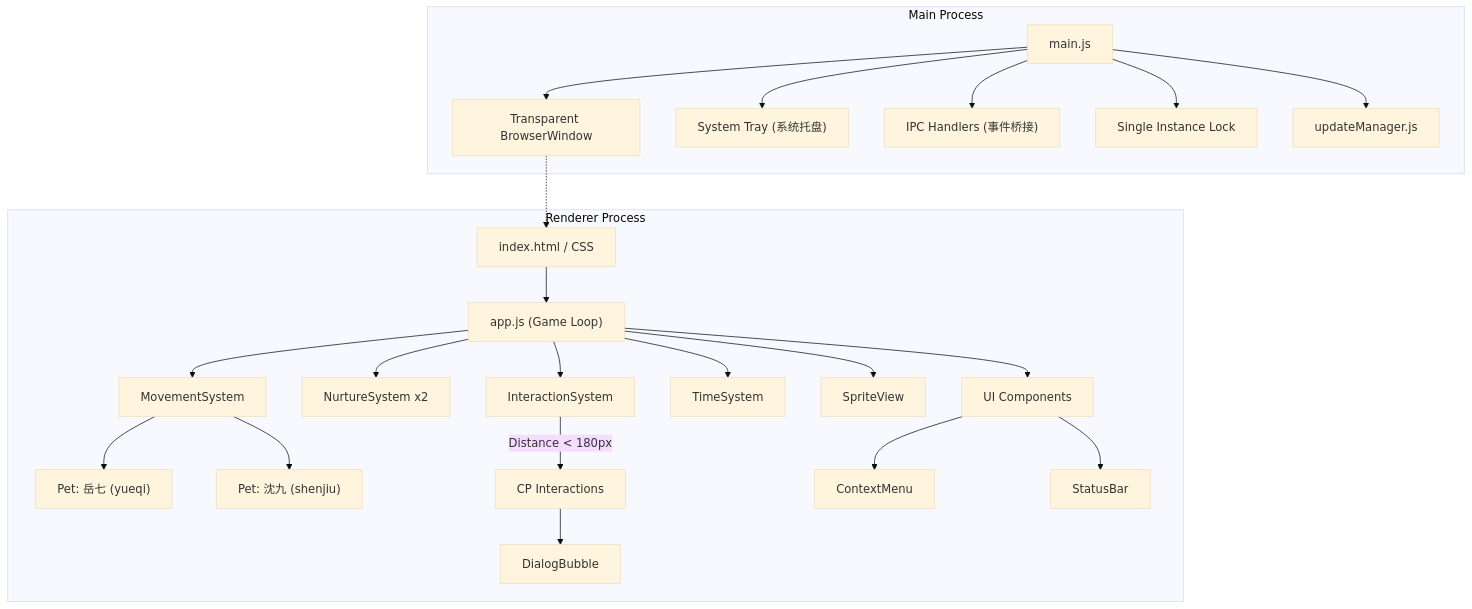
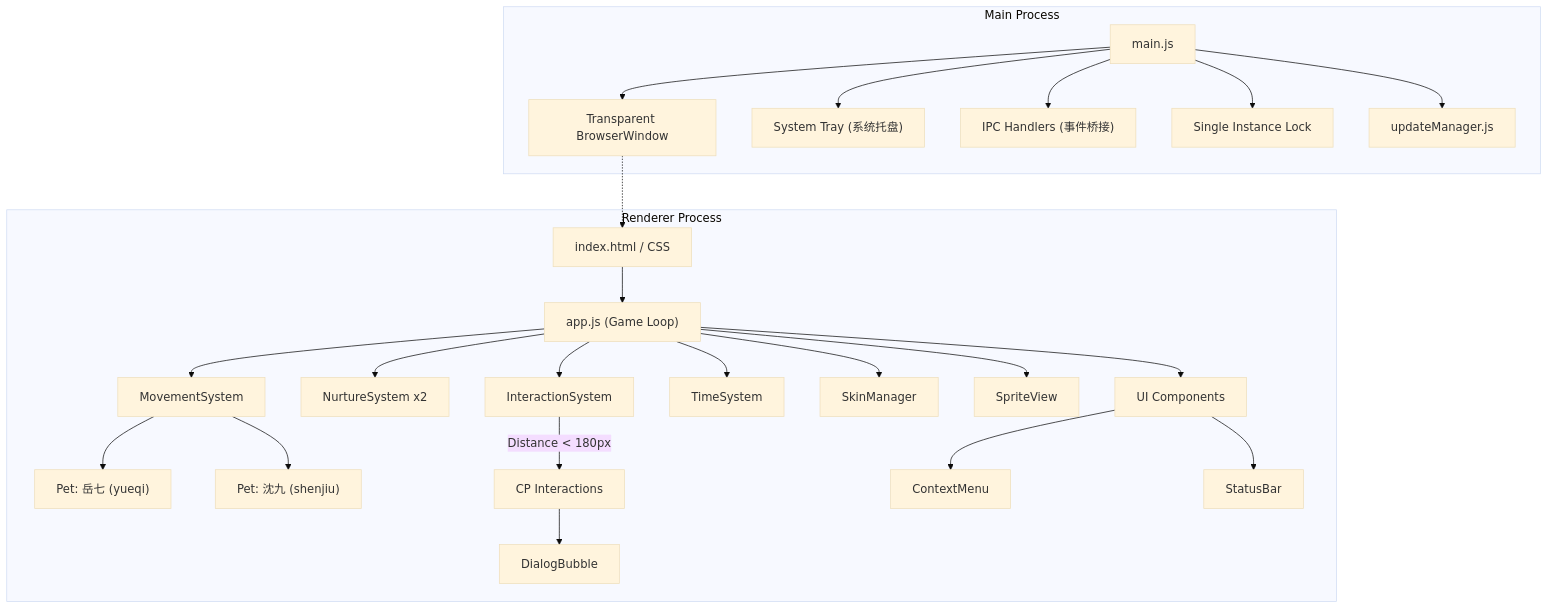
Before and after one commit to HuihuiDreams/qijiu-desktop-pet: the diagram in docs/structure.md, drawn with Mermaid (base theme). The commit also changed other lines of this file and 8 other files, not shown here.

````diff
--- a/docs/structure.md
+++ b/docs/structure.md
@@ -9,32 +9,33 @@
 ```mermaid
 graph TB
     subgraph Main Process
         Main["main.js"] --> Window["Transparent BrowserWindow"]
         Main --> Tray["System Tray (系统托盘)"]
         Main --> IPC["IPC Handlers (事件桥接)"]
         Main --> Lock["Single Instance Lock"]
         Main --> Update["updateManager.js"]
     end
     
     subgraph Renderer Process
         HTML["index.html / CSS"] --> App["app.js (Game Loop)"]
         
         App --> Move["MovementSystem"]
         App --> Nurture["NurtureSystem x2"]
         App --> Interact["InteractionSystem"]
         App --> Time["TimeSystem"]
+        App --> Skin["SkinManager"]
         App --> Sprite["SpriteView"]
         
         Move --> YQ["Pet: 岳七 (yueqi)"]
         Move --> SJ["Pet: 沈九 (shenjiu)"]
         
         Interact -->|Distance < 180px| Events["CP Interactions"]
         Events --> Bubble["DialogBubble"]
         
         App --> UI["UI Components"]
         UI --> Menu["ContextMenu"]
         UI --> Status["StatusBar"]
     end
 
     Window -.-> HTML
 ```
````
